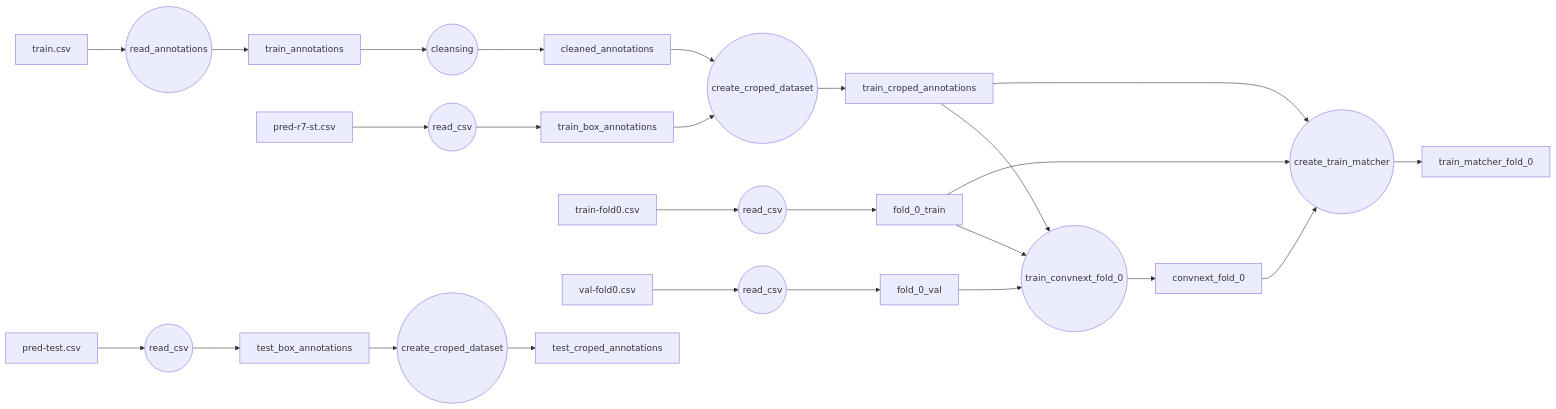
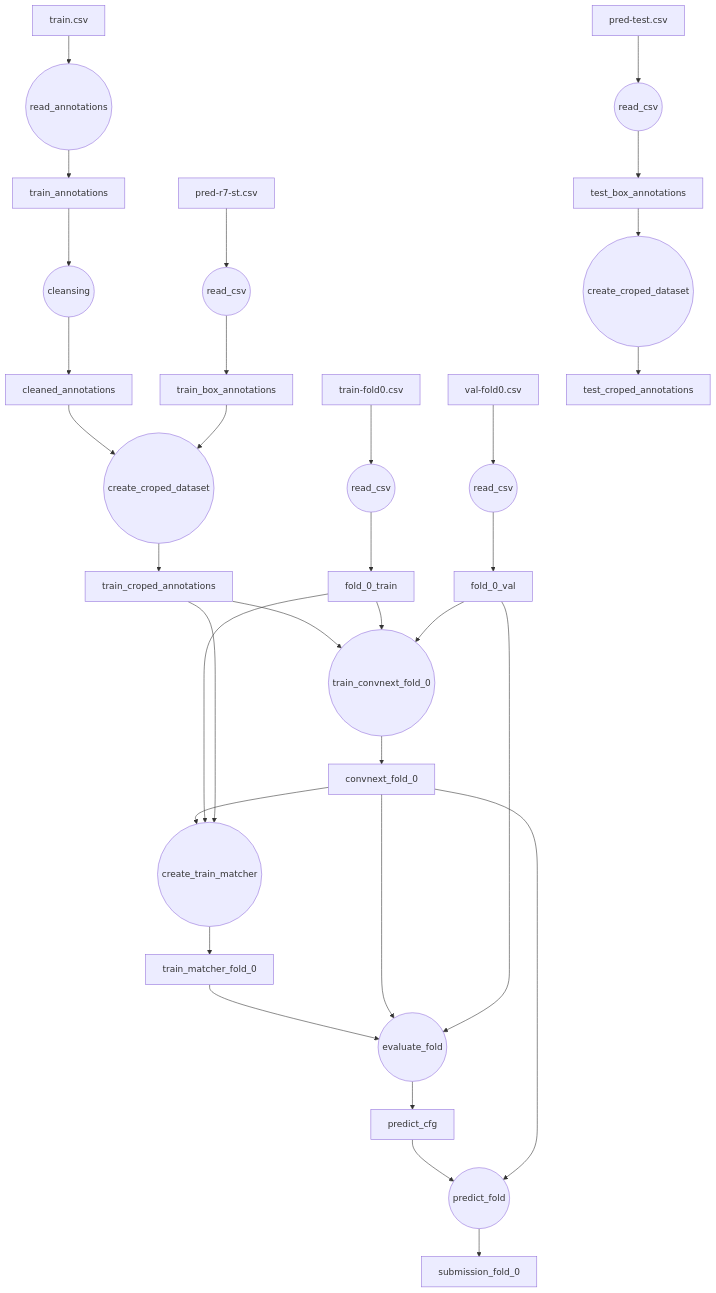
Before and after one commit to h4nyu/vision-tools: the diagram in hwad_bench/README.md, drawn with Mermaid.

````diff
--- a/hwad_bench/README.md
+++ b/hwad_bench/README.md
@@ -1,20 +1,26 @@
 ```mermaid
-flowchart LR
+flowchart TB
 train.csv --> read_annotations((read_annotations))
 read_annotations --> train_annotations
 train_annotations --> cleansing((cleansing)) --> cleaned_annotations
 pred-r7-st.csv --> read_csv((read_csv)) --> train_box_annotations
 cleaned_annotations --> create_croped_dataset0((create_croped_dataset)) --> train_croped_annotations
 train_box_annotations --> create_croped_dataset0
 train-fold0.csv --> read_csv0((read_csv)) --> fold_0_train
 val-fold0.csv --> read_csv1((read_csv)) --> fold_0_val
 train_croped_annotations --> train0((train_convnext_fold_0))
 fold_0_train --> train0
 fold_0_val --> train0
 pred-test.csv --> read_csv2((read_csv)) --> test_box_annotations
 train0((train_convnext_fold_0)) --> convnext_fold_0
 convnext_fold_0 --> create_train_matcher0((create_train_matcher)) --> train_matcher_fold_0
 fold_0_train --> create_train_matcher0((create_train_matcher))
 train_croped_annotations --> create_train_matcher0((create_train_matcher))
+train_matcher_fold_0 --> evaluate_fold0((evaluate_fold)) --> predict_cfg
+convnext_fold_0 --> evaluate_fold0((evaluate_fold)) 
+fold_0_val --> evaluate_fold0((evaluate_fold)) 
+
 test_box_annotations --> create_croped_dataset1((create_croped_dataset)) --> test_croped_annotations
+predict_cfg --> predict_fold_0((predict_fold)) --> submission_fold_0
+convnext_fold_0 --> predict_fold_0((predict_fold))
 ```
````
